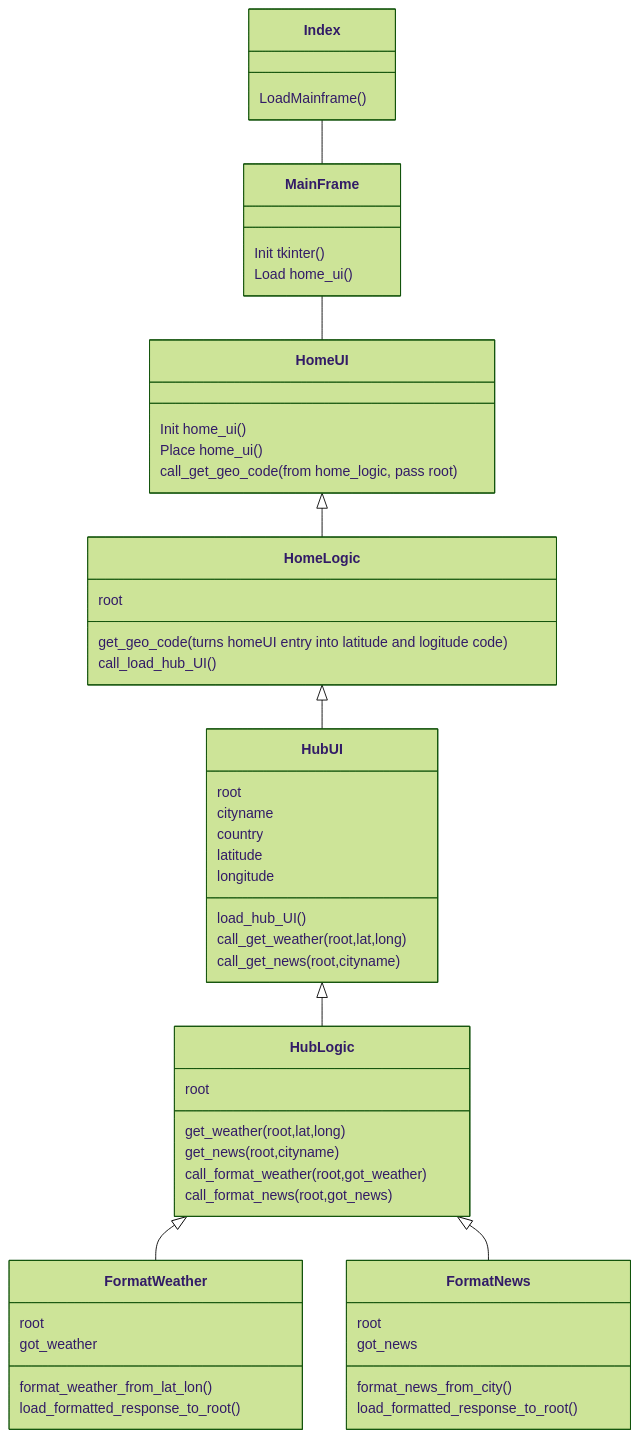
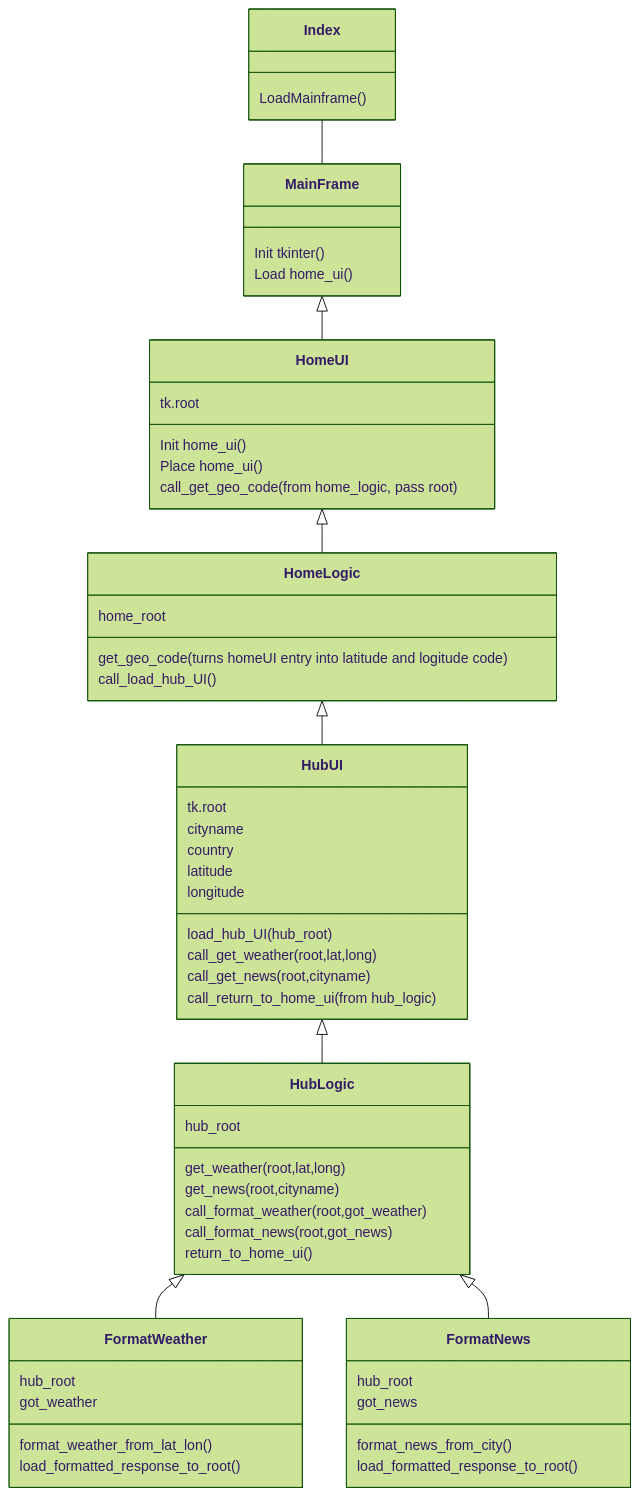
The diagram in dokumentaatio/arkkitehtuuri.md (kodtld/TravelHub), drawn with Mermaid (forest theme) before and after one commit. The commit also changed other lines of this file, not shown here.

Commit message:
Arkkitehtuuri päivitetty

````diff
--- a/dokumentaatio/arkkitehtuuri.md
+++ b/dokumentaatio/arkkitehtuuri.md
@@ -1,75 +1,78 @@
 ```mermaid
  classDiagram
       
       Index  -- MainFrame
-      MainFrame -- HomeUI
+      MainFrame <|-- HomeUI
       HomeUI <|-- HomeLogic
       HomeLogic <|-- HubUI
       HubUI <|-- HubLogic
       HubLogic <|-- FormatWeather
       HubLogic <|-- FormatNews
 
        
       Index : LoadMainframe()
 
       class MainFrame{
   	  Init tkinter()
          Load home_ui()
          }
 
       class HomeUI{
+           tk.root
   	  Init home_ui()
          Place home_ui()
          call_get_geo_code(from home_logic, pass root)
          }
 
       class HomeLogic{
-           root
+           home_root
   	     get_geo_code(turns homeUI entry into latitude and logitude code)
             call_load_hub_UI()
           
          }
 
       class HubUI{
-           root
+           tk.root
            cityname
            country
            latitude
            longitude
 
-  	     load_hub_UI()
+  	     load_hub_UI(hub_root)
             call_get_weather(root,lat,long)
             call_get_news(root,cityname)
+            call_return_to_home_ui(from hub_logic)
           
          }
 
       class HubLogic{
-           root
+           hub_root
 
           get_weather(root,lat,long)
   	     get_news(root,cityname)
             
             call_format_weather(root,got_weather)
             call_format_news(root,got_news)
+            return_to_home_ui()
           
          }
 
       class FormatWeather{
-           root
+           hub_root
            got_weather
 
           format_weather_from_lat_lon()
           load_formatted_response_to_root()
           
          }
 
       class FormatNews{
-           root
+           hub_root
            got_news
 
           format_news_from_city()
           load_formatted_response_to_root()
           
          }
 
 ```
````
